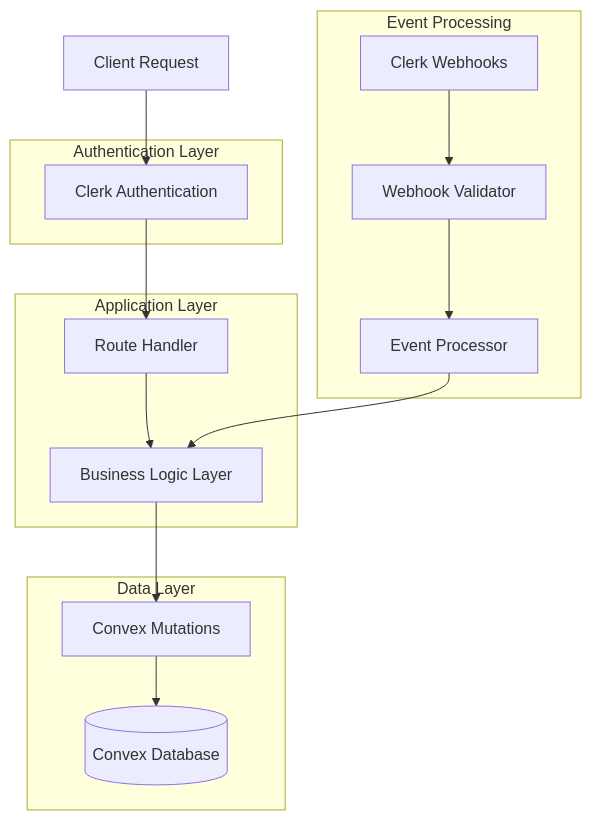
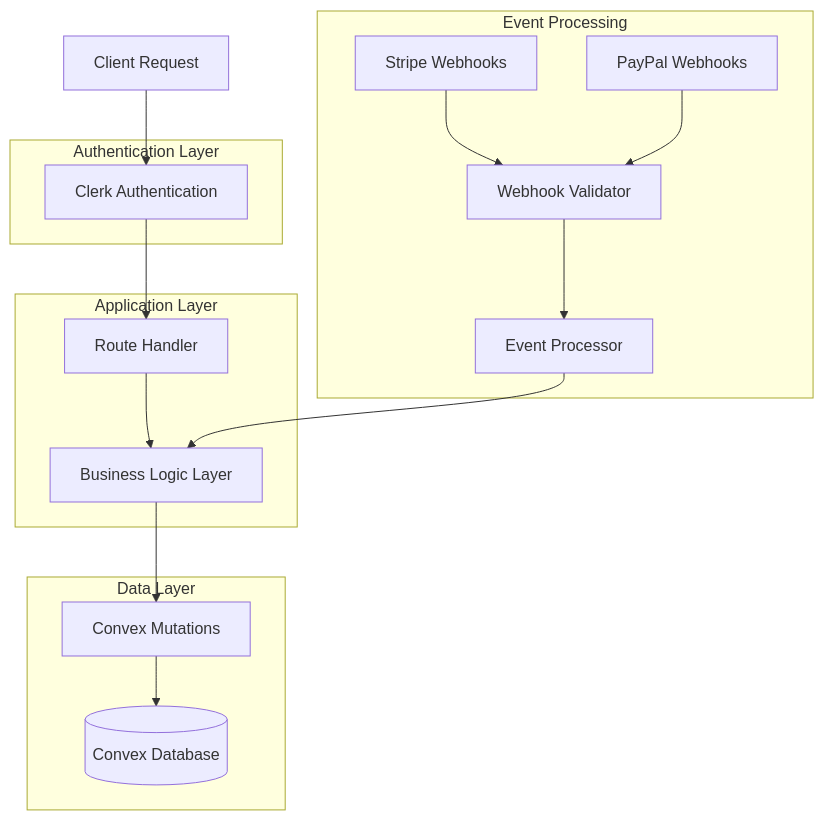
One commit to treimaine/BroLab-Store changed the second of 3 diagrams in .cursor/rules/brolab-rules-5.mdc. Above: the diagram before and after it, drawn with Mermaid. The commit also changed other lines of this file and 11 other files, not shown here.

````diff
--- a/.cursor/rules/brolab-rules-5.mdc
+++ b/.cursor/rules/brolab-rules-5.mdc
@@ -158,32 +195,34 @@
 ```mermaid
 graph TD
     A[Client Request] --> B[Clerk Authentication]
     B --> C[Route Handler]
     C --> D[Business Logic Layer]
     D --> E[Convex Mutations]
     E --> F[(Convex Database)]
 
-    G[Clerk Webhooks] --> H[Webhook Validator]
-    H --> I[Event Processor]
-    I --> D
+    G[Stripe Webhooks] --> H[Webhook Validator]
+    I[PayPal Webhooks] --> H
+    H --> J[Event Processor]
+    J --> D
 
     subgraph "Authentication Layer"
         B
     end
 
     subgraph "Application Layer"
         C
         D
     end
 
     subgraph "Data Layer"
         E
         F
     end
 
     subgraph "Event Processing"
         G
+        I
         H
-        I
+        J
     end
 ```
````
